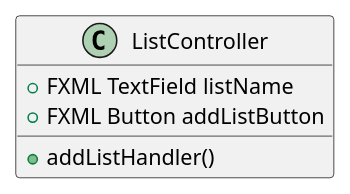
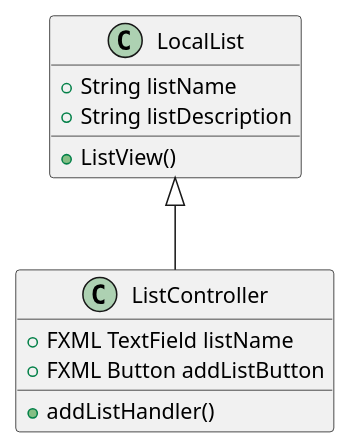
Before and after one commit to carolinacrduarte/duarte-cop3330-assignment4part2: the diagram in uml/ListController.puml, drawn with PlantUML. The commit also changed 10 other files, not shown here.

Commit message:
Add relationships to UML diagrams and JUnit tests pseudocode

```diff
--- a/uml/ListController.puml
+++ b/uml/ListController.puml
@@ -1,7 +1,15 @@
 @startuml
 class ListController{
     +FXML TextField listName
     +FXML Button addListButton
     +addListHandler()
 }
+
+class LocalList{
+    +String listName
+    +String listDescription
+    +ListView()
+}
+
+LocalList <|-- ListController
 @enduml
```
